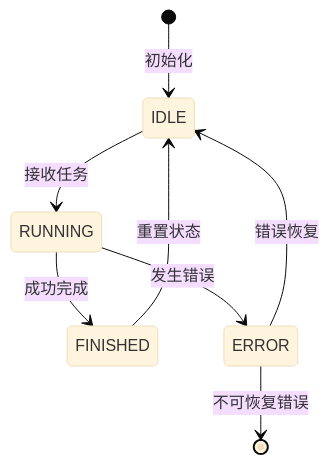
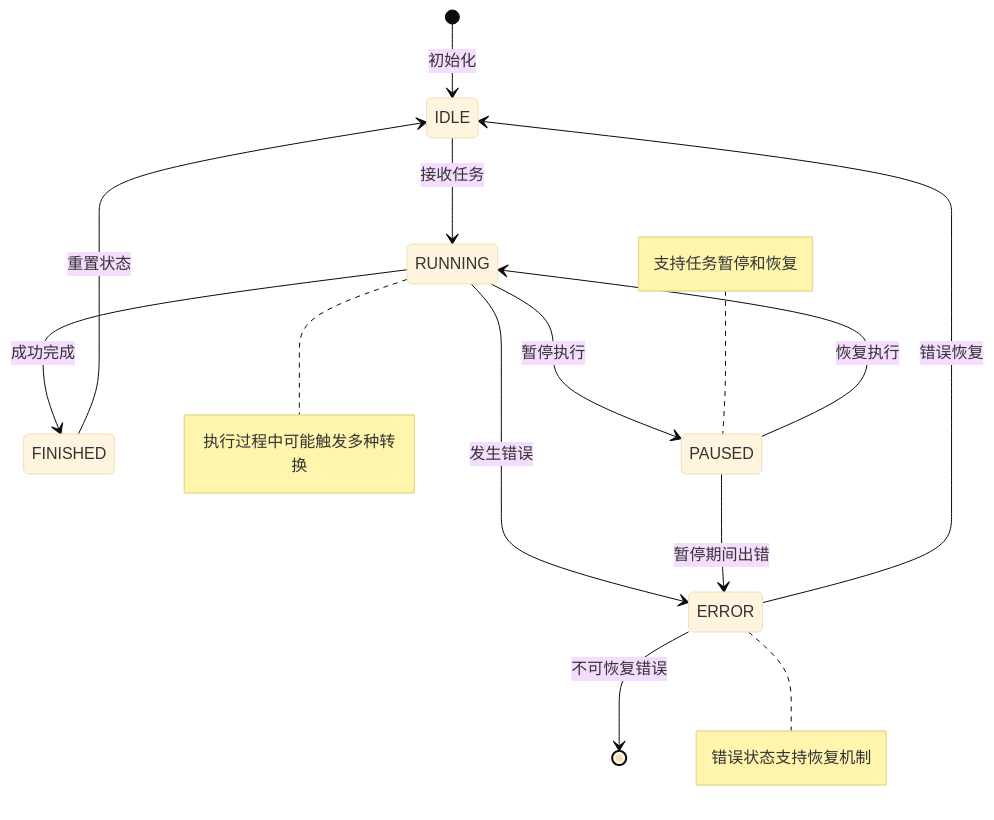
Before and after one commit to youyoude/agi-app-dev-guide-book: the diagram in 第二部分_AGI应用的开发基础/2.3_状态机/2.3.1_AGI应用中的状态机基础理论与设计原则.md, drawn with Mermaid (base theme). The commit also changed other lines of this file and 6 other files, not shown here.

````diff
--- a/第二部分_AGI应用的开发基础/2.3_状态机/2.3.1_AGI应用中的状态机基础理论与设计原则.md
+++ b/第二部分_AGI应用的开发基础/2.3_状态机/2.3.1_AGI应用中的状态机基础理论与设计原则.md
@@ -81,10 +81,17 @@
 ```mermaid
 stateDiagram-v2
     [*] --> IDLE: 初始化
     IDLE --> RUNNING: 接收任务
     RUNNING --> FINISHED: 成功完成
     RUNNING --> ERROR: 发生错误
+    RUNNING --> PAUSED: 暂停执行
+    PAUSED --> RUNNING: 恢复执行
+    PAUSED --> ERROR: 暂停期间出错
     FINISHED --> IDLE: 重置状态
     ERROR --> IDLE: 错误恢复
     ERROR --> [*]: 不可恢复错误
+    
+    note right of RUNNING : 执行过程中可能触发多种转换
+    note right of ERROR : 错误状态支持恢复机制
+    note left of PAUSED : 支持任务暂停和恢复
 ```
````
